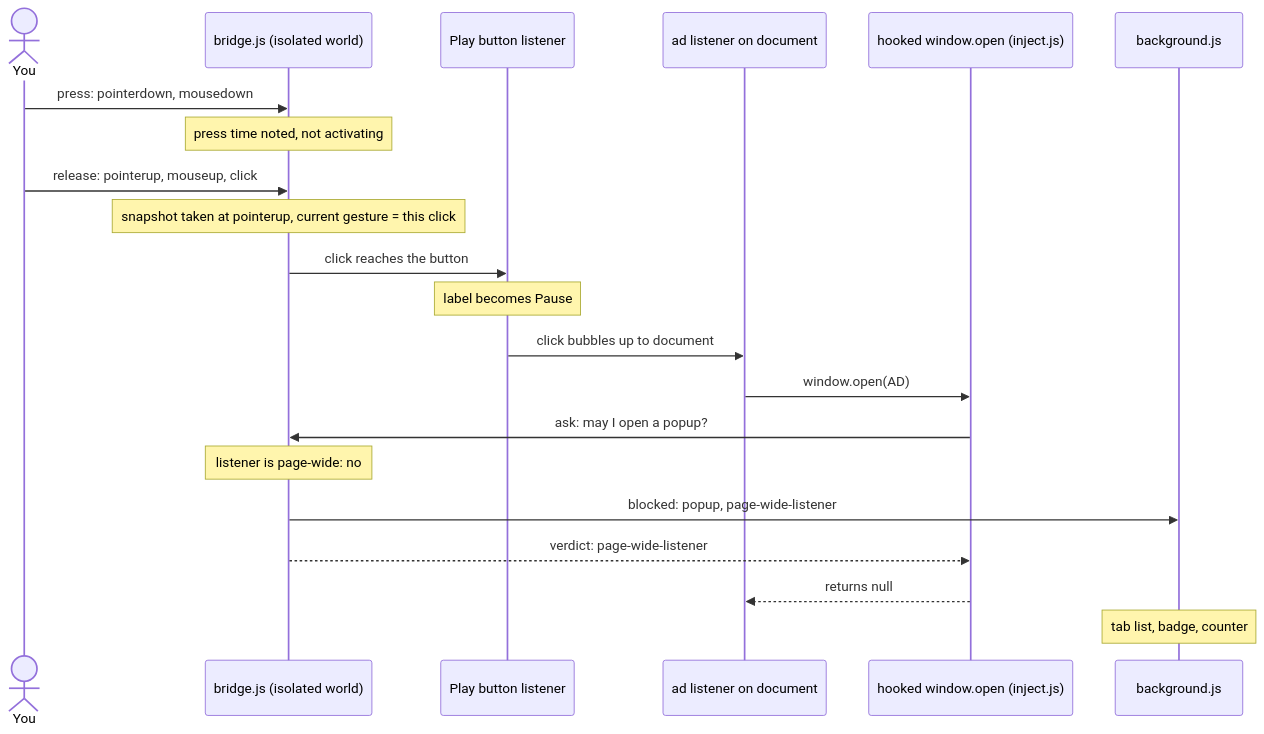
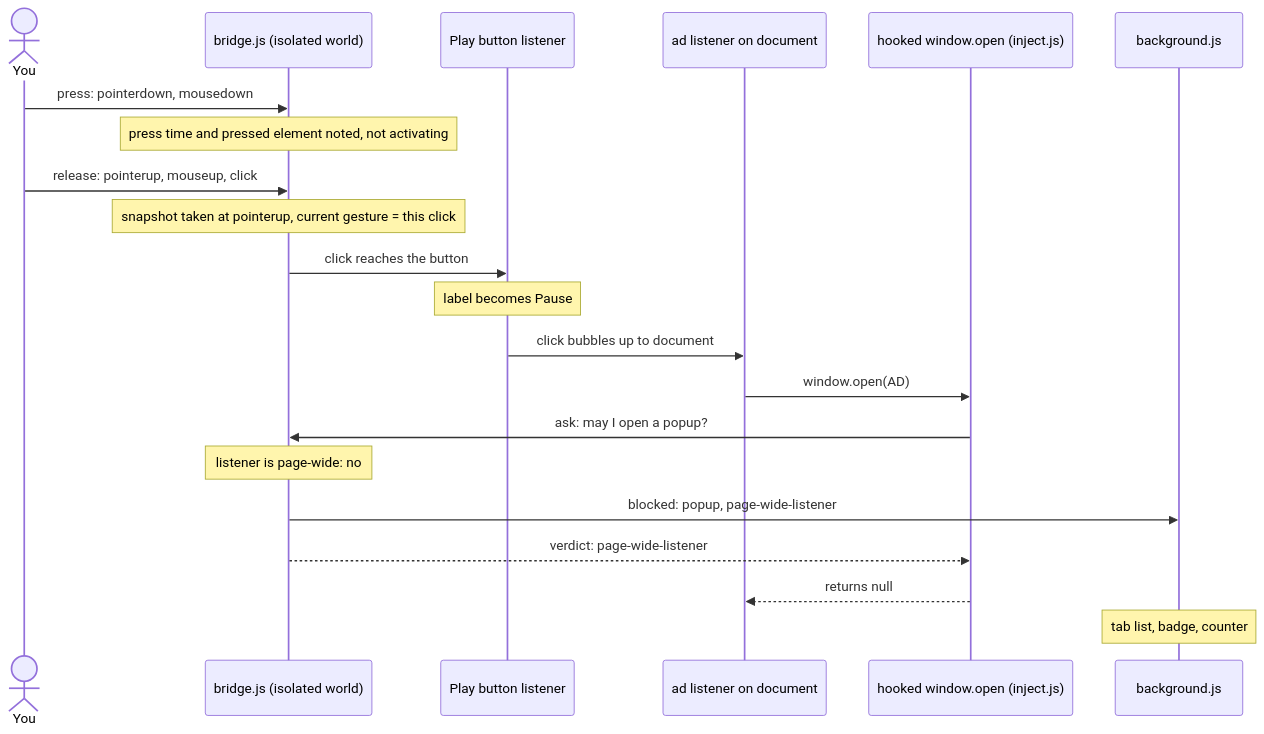
Before and after one commit to madironman/popshield: the first of 3 diagrams in docs/learn/03-popshield.md, drawn with Mermaid. The commit also changed other lines of this file and 14 other files, not shown here.

````diff
--- a/docs/learn/03-popshield.md
+++ b/docs/learn/03-popshield.md
@@ -154,24 +156,24 @@
 ```mermaid
 sequenceDiagram
     actor U as You
     participant BR as bridge.js (isolated world)
     participant BTN as Play button listener
     participant DOC as ad listener on document
     participant HK as hooked window.open (inject.js)
     participant SW as background.js
 
     U->>BR: press: pointerdown, mousedown
-    Note over BR: press time noted, not activating
+    Note over BR: press time and pressed element noted, not activating
     U->>BR: release: pointerup, mouseup, click
     Note over BR: snapshot taken at pointerup, current gesture = this click
     BR->>BTN: click reaches the button
     Note over BTN: label becomes Pause
     BTN->>DOC: click bubbles up to document
     DOC->>HK: window.open(AD)
     HK->>BR: ask: may I open a popup?
     Note over BR: listener is page-wide: no
     BR->>SW: blocked: popup, page-wide-listener
     BR-->>HK: verdict: page-wide-listener
     HK-->>DOC: returns null
     Note over SW: tab list, badge, counter
 ```
````
